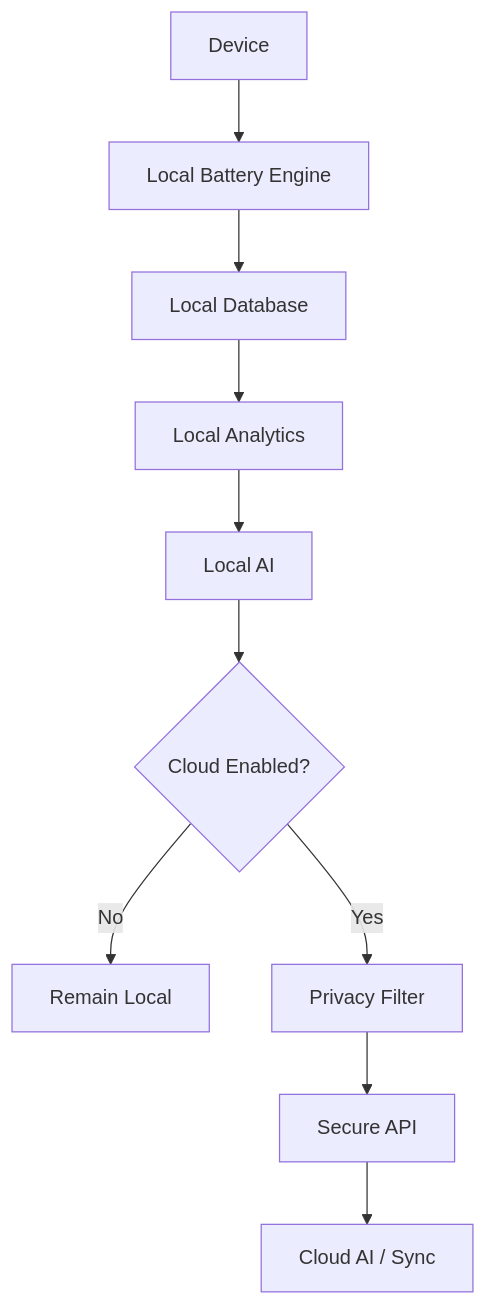
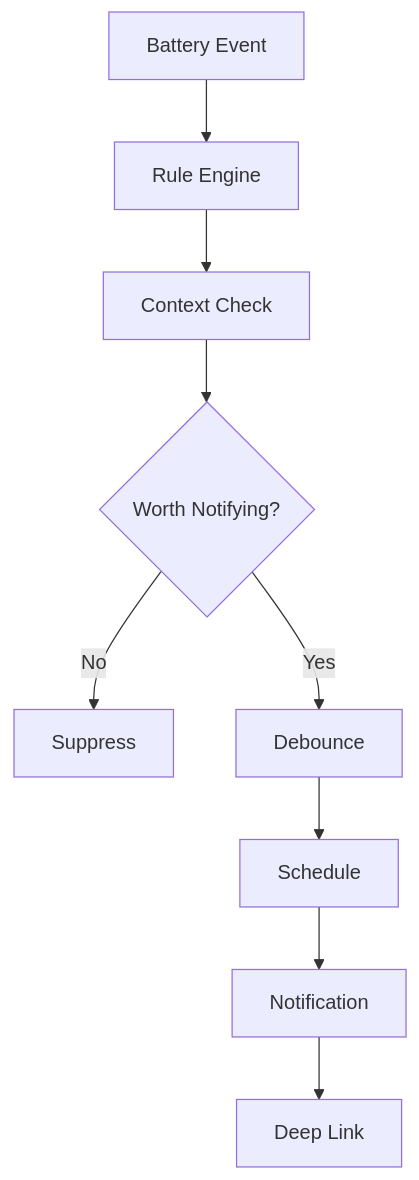
One commit to lucylow/battery_tracker_mobile changed diagram 18 of 25 in README.md. Above: the diagram before and after it, drawn with Mermaid. The commit also changed other lines of this file, not shown here.

````diff
--- a/README.md
+++ b/README.md
@@ -1311,14 +1285,11 @@
 ```mermaid
 flowchart TD
-    A[Device] --> B[Local Battery Engine]
-    B --> C[Local Database]
-    C --> D[Local Analytics]
-    D --> E[Local AI]
-
-    E --> F{Cloud Enabled?}
-
-    F -->|No| G[Remain Local]
-    F -->|Yes| H[Privacy Filter]
-    H --> I[Secure API]
-    I --> J[Cloud AI / Sync]
+    A[Battery Event] --> B[Rule Engine]
+    B --> C[Context Check]
+    C --> D{Worth Notifying?}
+    D -->|No| E[Suppress]
+    D -->|Yes| F[Debounce]
+    F --> G[Schedule]
+    G --> H[Notification]
+    H --> I[Deep Link]
 ```
````
